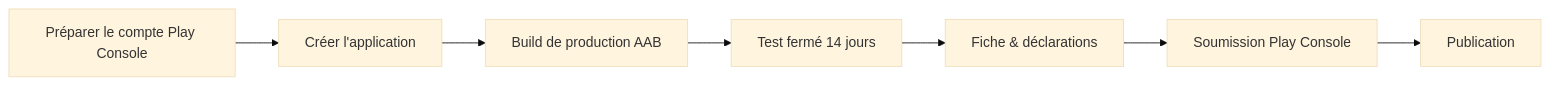
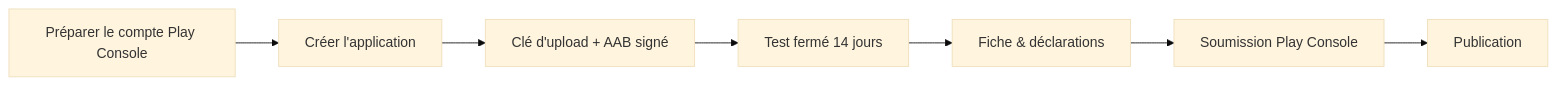
The first of 2 diagrams in docs/PUBLISHING.md (Wifsimster/elan), drawn with Mermaid (base theme) before and after one commit. The commit also changed other lines of this file and 514 other files, not shown here.

````diff
--- a/docs/PUBLISHING.md
+++ b/docs/PUBLISHING.md
@@ -8,9 +7,9 @@
 ```mermaid
 graph LR
     A[Préparer le compte Play Console] --> B[Créer l'application]
-    B --> C[Build de production AAB]
+    B --> C[Clé d'upload + AAB signé]
     C --> D[Test fermé 14 jours]
     D --> E[Fiche & déclarations]
     E --> F[Soumission Play Console]
     F --> G[Publication]
 ```
````
